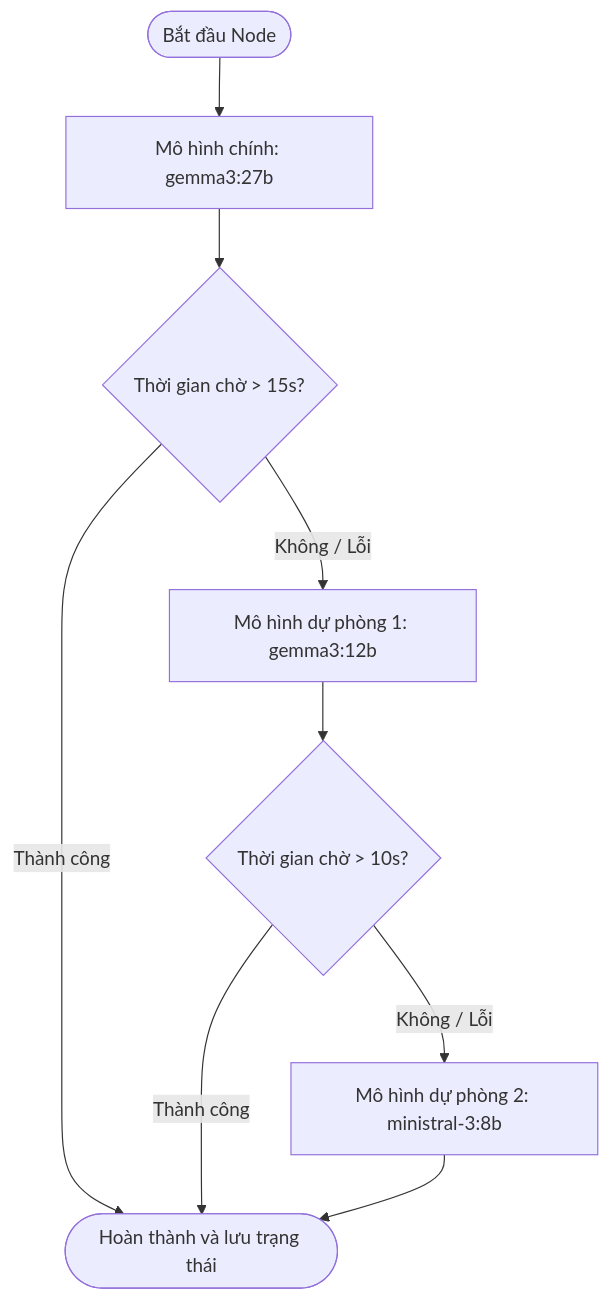
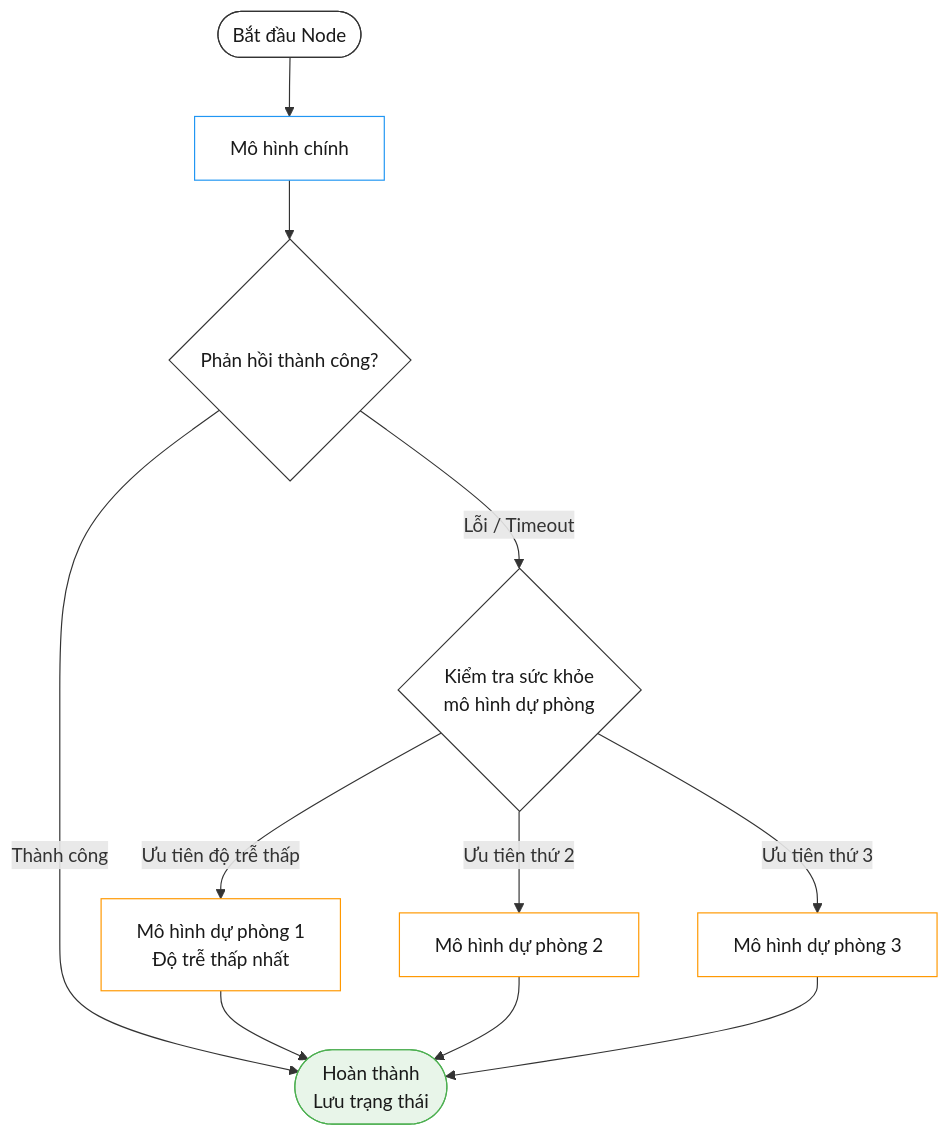
The fourth of 4 diagrams in README.md (ntd25022006q/fpt-multi-agent-system), drawn with Mermaid before and after one commit. The commit also changed other lines of this file, not shown here.

Commit message:
Docs: cập nhật README hoàn chỉnh - thêm tính năng tinh túy, vẽ lại sơ đồ Mermaid xịn, bỏ headroom, thêm Dynamic Routing diagram

````diff
--- a/README.md
+++ b/README.md
@@ -76,11 +132,22 @@
 ```mermaid
-graph TD
-    Node([Bắt đầu Node]) --> Primary[Mô hình chính: gemma3:27b]
-    Primary --> TimeoutCheck{Thời gian chờ > 15s?}
-    TimeoutCheck -- Không / Lỗi --> Fallback1[Mô hình dự phòng 1: gemma3:12b]
-    TimeoutCheck -- Thành công --> Success([Hoàn thành và lưu trạng thái])
-    Fallback1 --> TimeoutCheck1{Thời gian chờ > 10s?}
-    TimeoutCheck1 -- Không / Lỗi --> Fallback2[Mô hình dự phòng 2: ministral-3:8b]
-    TimeoutCheck1 -- Thành công --> Success
-    Fallback2 --> Success
+flowchart TD
+    Start([Bắt đầu Node]) --> Primary[Mô hình chính]
+    Primary --> Check1{Phản hồi thành công?}
+    Check1 -- Thành công --> Done([Hoàn thành<br/>Lưu trạng thái])
+    Check1 -- Lỗi / Timeout --> CheckHealth{Kiểm tra sức khỏe<br/>mô hình dự phòng}
+    CheckHealth -- Ưu tiên độ trễ thấp --> Fallback1[Mô hình dự phòng 1<br/>Độ trễ thấp nhất]
+    CheckHealth -- Ưu tiên thứ 2 --> Fallback2[Mô hình dự phòng 2]
+    CheckHealth -- Ưu tiên thứ 3 --> Fallback3[Mô hình dự phòng 3]
+    Fallback1 --> Done
+    Fallback2 --> Done
+    Fallback3 --> Done
+
+    style Start fill:#ffffff,stroke:#333333,color:#1a1a1a
+    style Primary fill:#ffffff,stroke:#2196f3,color:#1a1a1a
+    style Check1 fill:#ffffff,stroke:#333333,color:#1a1a1a
+    style CheckHealth fill:#ffffff,stroke:#333333,color:#1a1a1a
+    style Done fill:#e8f5e9,stroke:#4caf50,color:#1a1a1a
+    style Fallback1 fill:#ffffff,stroke:#ff9800,color:#1a1a1a
+    style Fallback2 fill:#ffffff,stroke:#ff9800,color:#1a1a1a
+    style Fallback3 fill:#ffffff,stroke:#ff9800,color:#1a1a1a
 ```
````
